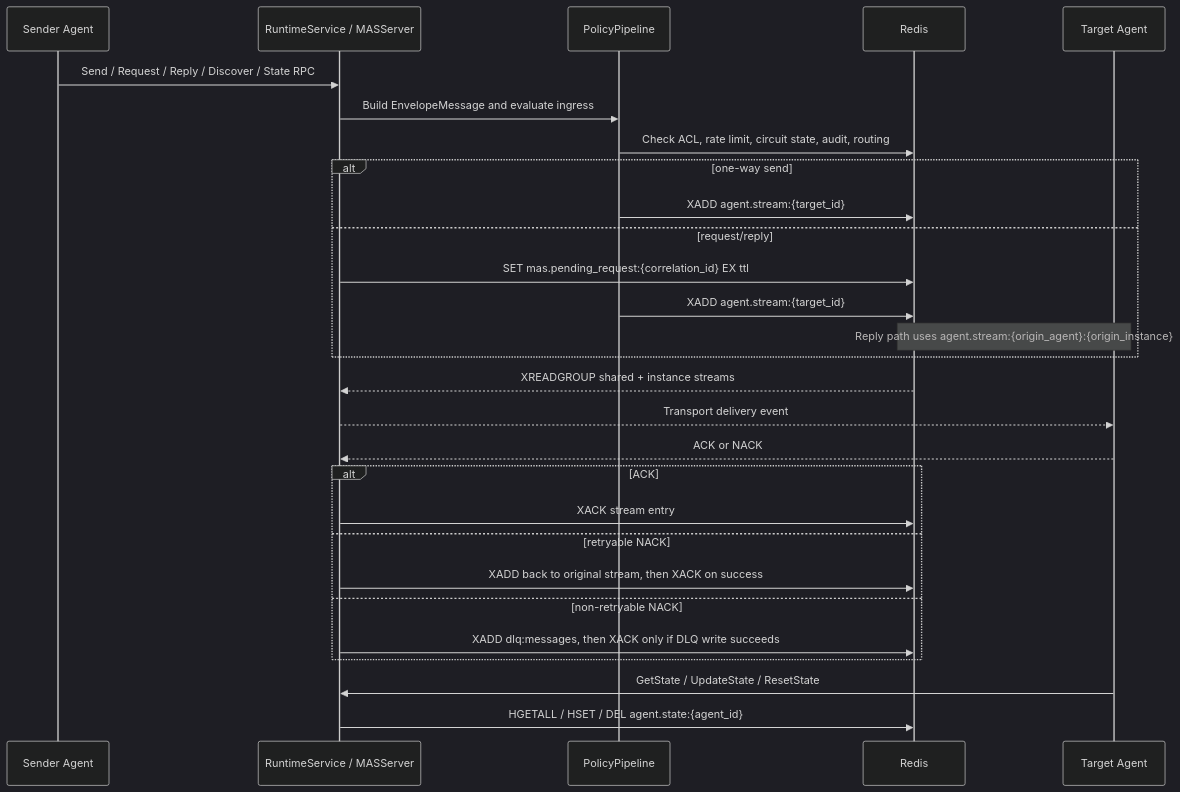
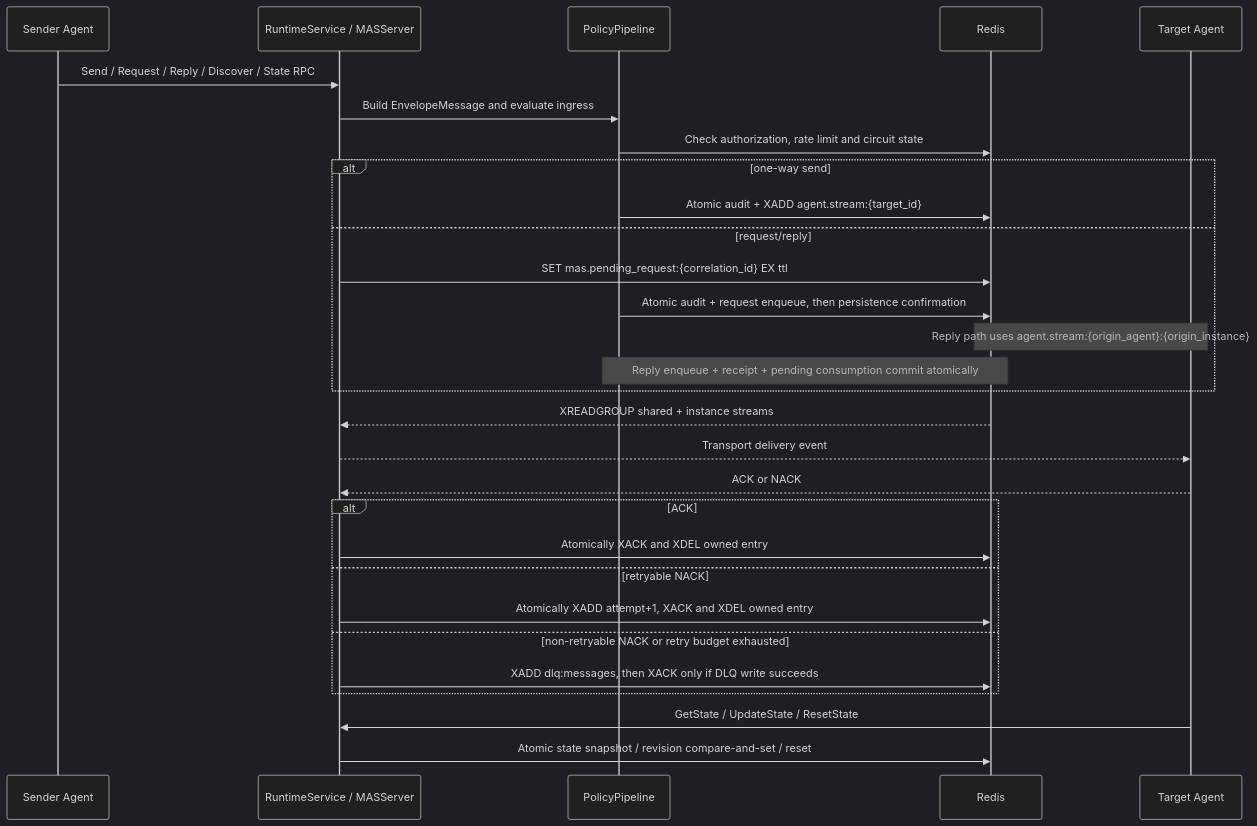
Before and after one commit to Vokality/mas-framework: the third of 4 diagrams in docs/architecture.md, drawn with Mermaid (dark theme). The commit also changed other lines of this file and 198 other files, not shown here.

````diff
--- a/docs/architecture.md
+++ b/docs/architecture.md
@@ -110,35 +115,36 @@
 ```mermaid
 sequenceDiagram
     participant Sender as Sender Agent
     participant Server as RuntimeService / MASServer
     participant Policy as PolicyPipeline
     participant Redis as Redis
     participant Target as Target Agent
 
     Sender->>Server: Send / Request / Reply / Discover / State RPC
     Server->>Policy: Build EnvelopeMessage and evaluate ingress
-    Policy->>Redis: Check ACL, rate limit, circuit state, audit, routing
+    Policy->>Redis: Check authorization, rate limit and circuit state
 
     alt one-way send
-        Policy->>Redis: XADD agent.stream:{target_id}
+        Policy->>Redis: Atomic audit + XADD agent.stream:{target_id}
     else request/reply
         Server->>Redis: SET mas.pending_request:{correlation_id} EX ttl
-        Policy->>Redis: XADD agent.stream:{target_id}
+        Policy->>Redis: Atomic audit + request enqueue, then persistence confirmation
         Note over Redis,Target: Reply path uses agent.stream:{origin_agent}:{origin_instance}
+        Note over Policy,Redis: Reply enqueue + receipt + pending consumption commit atomically
     end
 
     Redis-->>Server: XREADGROUP shared + instance streams
     Server-->>Target: Transport delivery event
     Target-->>Server: ACK or NACK
 
     alt ACK
-        Server->>Redis: XACK stream entry
+        Server->>Redis: Atomically XACK and XDEL owned entry
     else retryable NACK
-        Server->>Redis: XADD back to original stream, then XACK on success
-    else non-retryable NACK
+        Server->>Redis: Atomically XADD attempt+1, XACK and XDEL owned entry
+    else non-retryable NACK or retry budget exhausted
         Server->>Redis: XADD dlq:messages, then XACK only if DLQ write succeeds
     end
 
     Target->>Server: GetState / UpdateState / ResetState
-    Server->>Redis: HGETALL / HSET / DEL agent.state:{agent_id}
+    Server->>Redis: Atomic state snapshot / revision compare-and-set / reset
 ```
````
